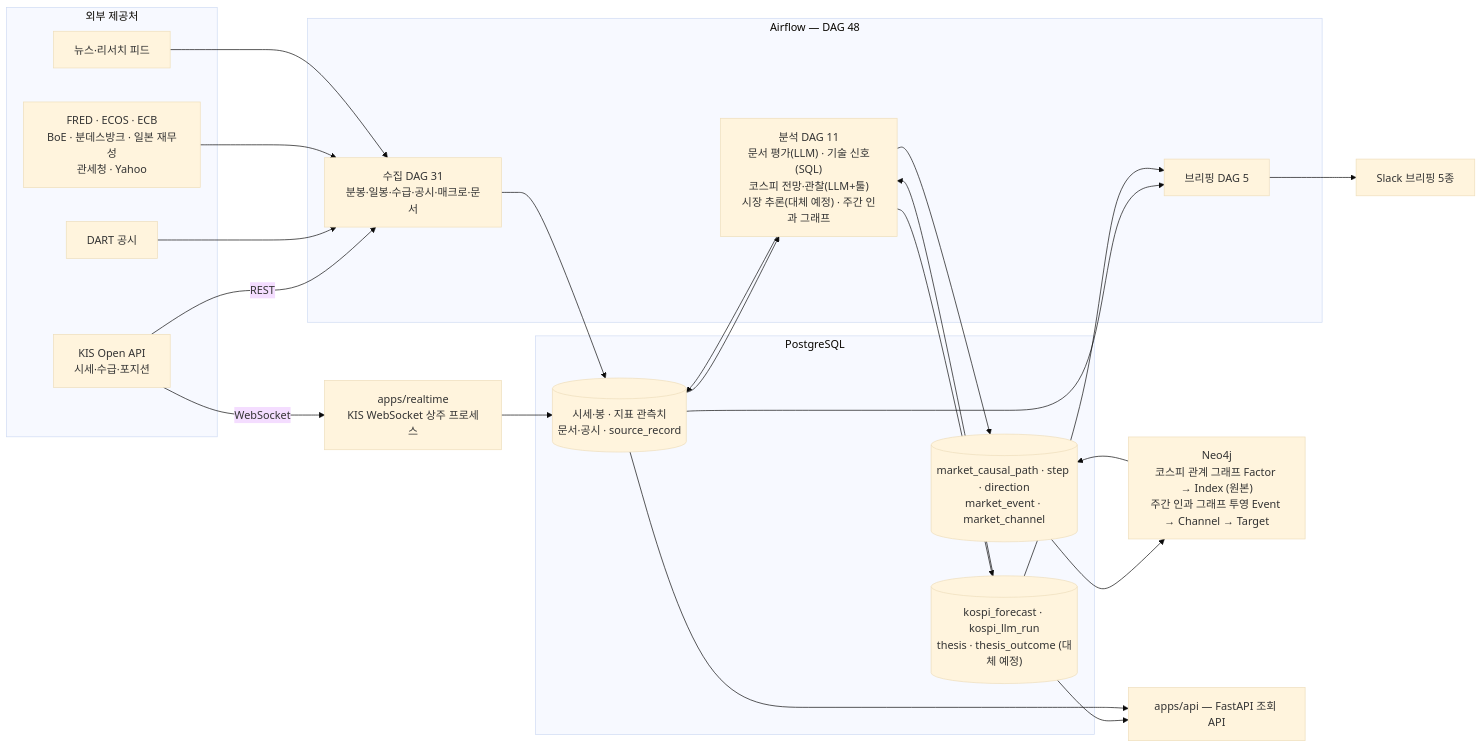
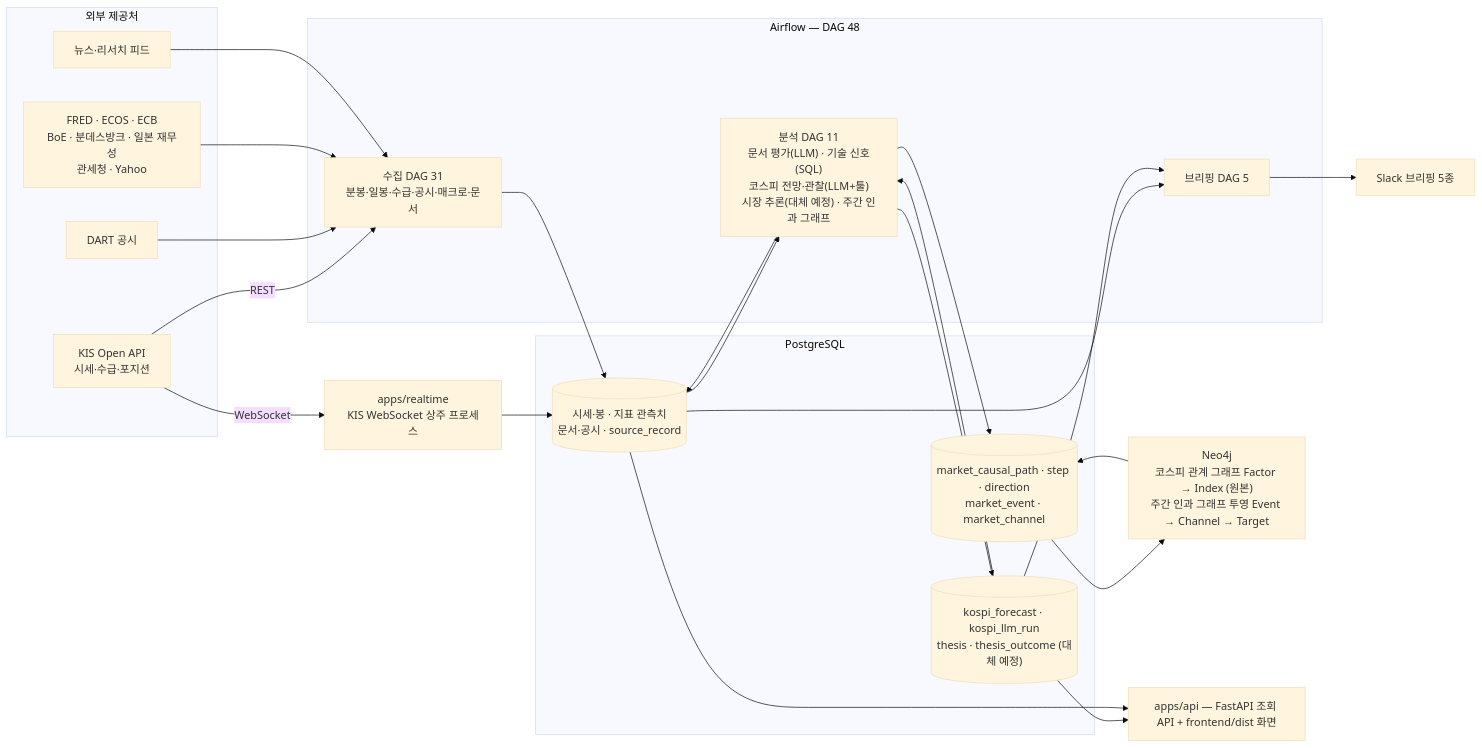
The diagram in README.md (6691a/finance), drawn with Mermaid (base theme) before and after one commit. The commit also changed other lines of this file and 77 other files, not shown here.

````diff
--- a/README.md
+++ b/README.md
@@ -29,50 +29,50 @@
 ```mermaid
 flowchart LR
     subgraph EXT["외부 제공처"]
         KIS["KIS Open API<br/>시세·수급·포지션"]
         DART["DART 공시"]
         MACRO["FRED · ECOS · ECB<br/>BoE · 분데스방크 · 일본 재무성<br/>관세청 · Yahoo"]
         FEED["뉴스·리서치 피드"]
     end
 
     subgraph AF["Airflow — DAG 48"]
         COL["수집 DAG 31<br/>분봉·일봉·수급·공시·매크로·문서"]
         ANA["분석 DAG 11<br/>문서 평가(LLM) · 기술 신호(SQL)<br/>코스피 전망·관찰(LLM+툴)<br/>시장 추론(대체 예정) · 주간 인과 그래프"]
         BRF["브리핑 DAG 5"]
     end
 
     RT["apps/realtime<br/>KIS WebSocket 상주 프로세스"]
 
     subgraph DB["PostgreSQL"]
         FACT[("시세·봉 · 지표 관측치<br/>문서·공시 · source_record")]
         THESIS[("kospi_forecast · kospi_llm_run<br/>thesis · thesis_outcome (대체 예정)")]
         CAUSAL[("market_causal_path · step · direction<br/>market_event · market_channel")]
     end
 
     GRAPH["Neo4j<br/>코스피 관계 그래프 Factor → Index (원본)<br/>주간 인과 그래프 투영 Event → Channel → Target"]
 
     SLACK["Slack 브리핑 5종"]
-    API["apps/api — FastAPI 조회 API"]
+    API["apps/api — FastAPI 조회 API + frontend/dist 화면"]
 
     KIS -->|REST| COL
     DART --> COL
     MACRO --> COL
     FEED --> COL
     KIS -->|WebSocket| RT
 
     COL --> FACT
     RT --> FACT
     FACT --> ANA
     ANA --> FACT
     ANA --> THESIS
     THESIS --> ANA
     ANA --> CAUSAL
     CAUSAL --> GRAPH
     GRAPH --> CAUSAL
 
     FACT --> BRF
     THESIS --> BRF
     BRF --> SLACK
     THESIS --> API
     FACT --> API
 ```
````
